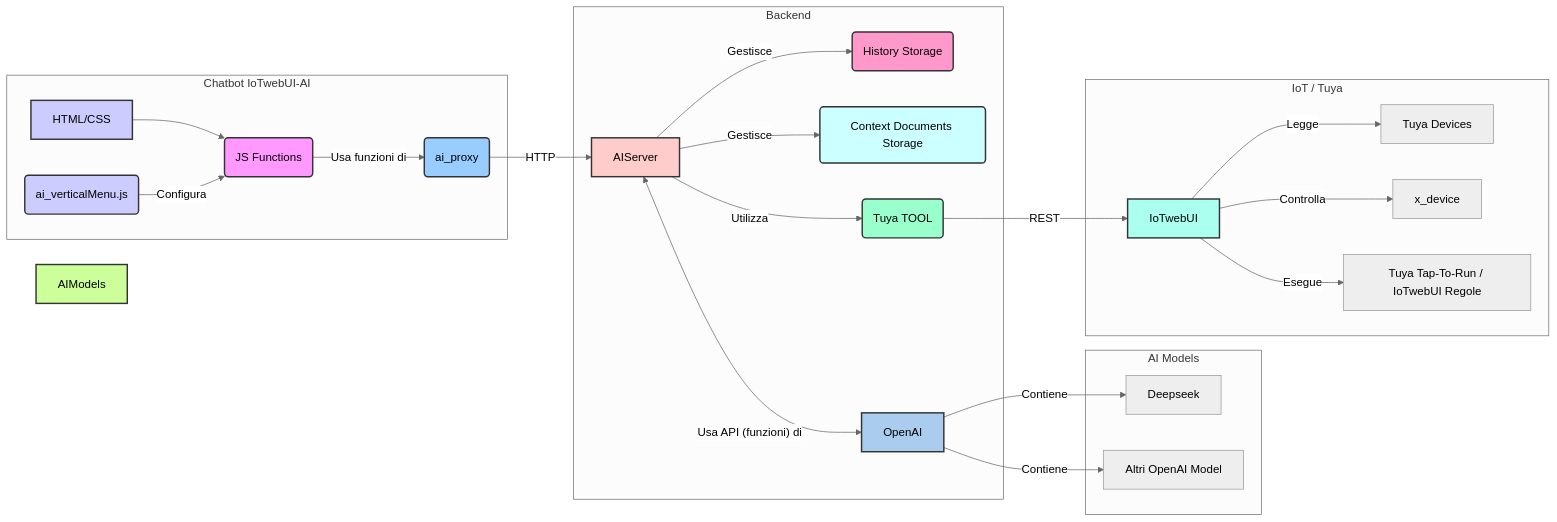
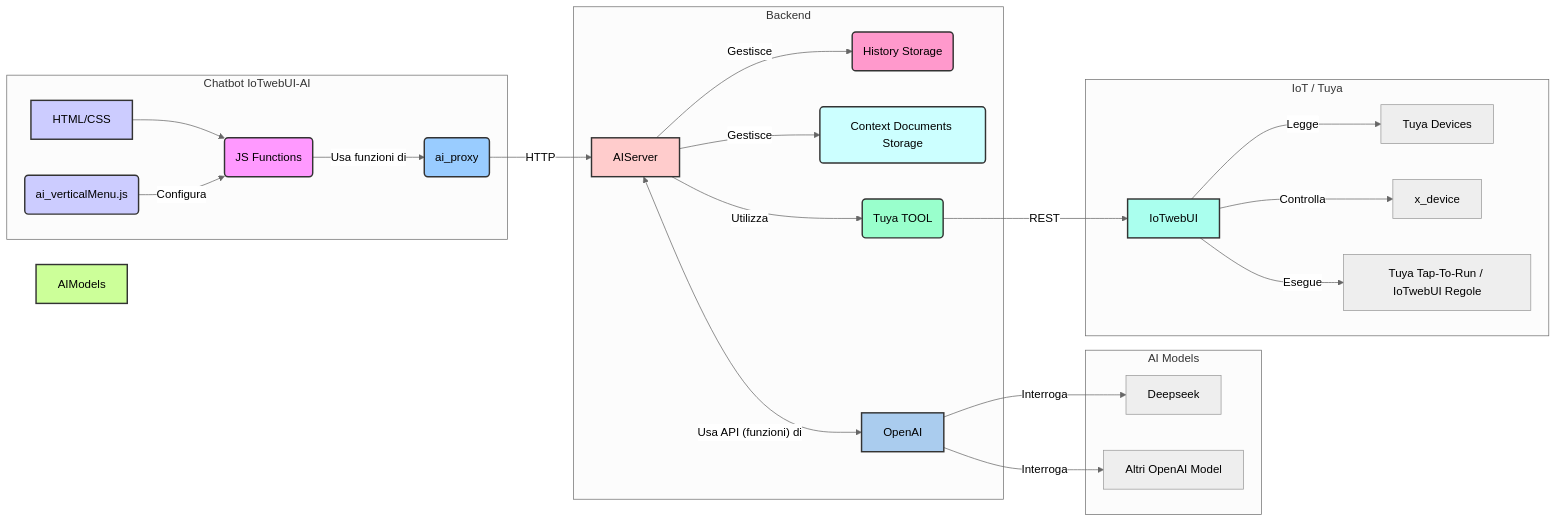
Before and after one commit to msillano/IoTwebUI: the diagram in IOTwebUI-AI/LEGGIMI.md, drawn with Mermaid.

````diff
--- a/IOTwebUI-AI/LEGGIMI.md
+++ b/IOTwebUI-AI/LEGGIMI.md
@@ -12,40 +12,40 @@
 ```mermaid
 %%{init: {'theme': 'neutral'}}%%
 graph LR
     subgraph Chatbot IoTwebUI-AI
         style UI fill:#ccf,stroke:#333,stroke-width:2px
         style UI_JS fill:#f9f,stroke:#333,stroke-width:2px
         style UI_Menu fill:#ccf,stroke:#333,stroke-width:2px
         UI[HTML/CSS] --> UI_JS(JS Functions);
         UI_Menu(ai_verticalMenu.js) -- Configura --> UI_JS;
         UI_JS -- Usa funzioni di --> Proxy(ai_proxy);
     end
 
     subgraph Backend
         style Proxy fill:#9cf,stroke:#333,stroke-width:2px
         style AIServer fill:#fcc,stroke:#333,stroke-width:2px
         style HistoryDB fill:#f9c,stroke:#333,stroke-width:2px
         style ContextFiles fill:#cff,stroke:#333,stroke-width:2px
         Proxy -- HTTP --> AIServer;
         AIServer <-- Usa API (funzioni) di --> OpenAI;
         AIServer -- Gestisce --> HistoryDB(History Storage);
         AIServer -- Gestisce --> ContextFiles(Context Documents Storage);
         AIServer -- Utilizza   --> IoT(Tuya TOOL);
     end
 
     subgraph AI Models
         style AIModels fill:#cf9,stroke:#333,stroke-width:2px
         style OpenAI fill:#ace,stroke:#333,stroke-width:2px
-        OpenAI -- Contiene --> Deepseek;
-        OpenAI -- Contiene --> GPTModels[Altri OpenAI Model];
+        OpenAI -- Interroga --> Deepseek;
+        OpenAI -- Interroga --> GPTModels[Altri OpenAI Model];
      end
 
     subgraph IoT / Tuya
         style IoT fill:#9fc,stroke:#333,stroke-width:2px
         style IoTwebUI fill:#afe,stroke:#333,stroke-width:2px
         IoT -- REST --> IoTwebUI;
         IoTwebUI -- Legge -->     TuyaDevices[Tuya Devices];
         IoTwebUI -- Controlla --> x_device;
         IoTwebUI -- Esegue --> TuyaAutomations[Tuya Tap-To-Run / IoTwebUI Regole];
     end
 ```
````
